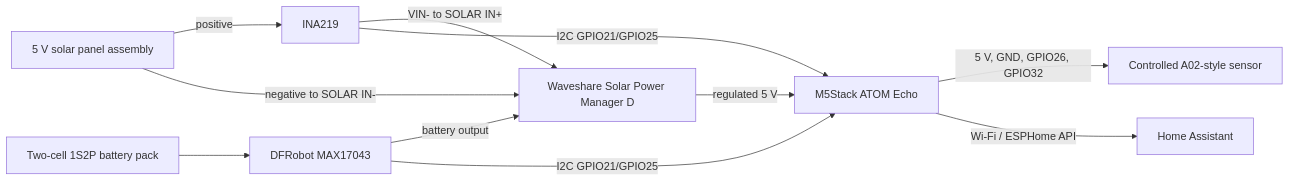
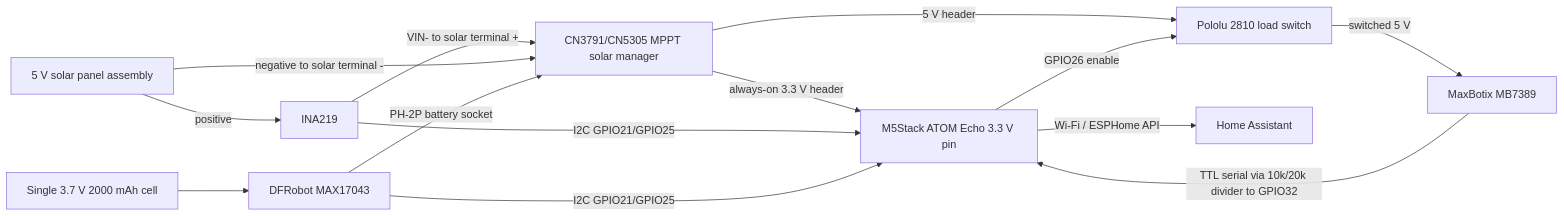
The diagram in projects/snow-depth-sensor/README.md (jameskorzekwa/maker-projects), drawn with Mermaid before and after one commit. The commit also changed other lines of this file, not shown here.

First line of the commit message:
Rewire power system around CN3791/CN5305 MPPT board; retire Waveshare (D) (#8)

````diff
--- a/projects/snow-depth-sensor/README.md
+++ b/projects/snow-depth-sensor/README.md
@@ -28,13 +28,16 @@
 ```mermaid
 flowchart LR
     PANEL[5 V solar panel assembly] -->|positive| INA[INA219]
-    INA -->|VIN- to SOLAR IN+| PM[Waveshare Solar Power Manager D]
-    PANEL -->|negative to SOLAR IN-| PM
-    BATT[Two-cell 1S2P battery pack] --> GAUGE[DFRobot MAX17043]
-    GAUGE -->|battery output| PM
-    PM -->|regulated 5 V| ATOM[M5Stack ATOM Echo]
-    ATOM -->|5 V, GND, GPIO26, GPIO32| A02[Controlled A02-style sensor]
+    INA -->|VIN- to solar terminal +| PM[CN3791/CN5305 MPPT solar manager]
+    PANEL -->|negative to solar terminal -| PM
+    BATT[Single 3.7 V 2000 mAh cell] --> GAUGE[DFRobot MAX17043]
+    GAUGE -->|PH-2P battery socket| PM
+    PM -->|always-on 3.3 V header| ATOM[M5Stack ATOM Echo 3.3 V pin]
+    PM -->|5 V header| SW[Pololu 2810 load switch]
+    ATOM -->|GPIO26 enable| SW
+    SW -->|switched 5 V| MB[MaxBotix MB7389]
+    MB -->|TTL serial via 10k/20k divider to GPIO32| ATOM
     INA -->|I2C GPIO21/GPIO25| ATOM
     GAUGE -->|I2C GPIO21/GPIO25| ATOM
     ATOM -->|Wi-Fi / ESPHome API| HA[Home Assistant]
 ```
````
